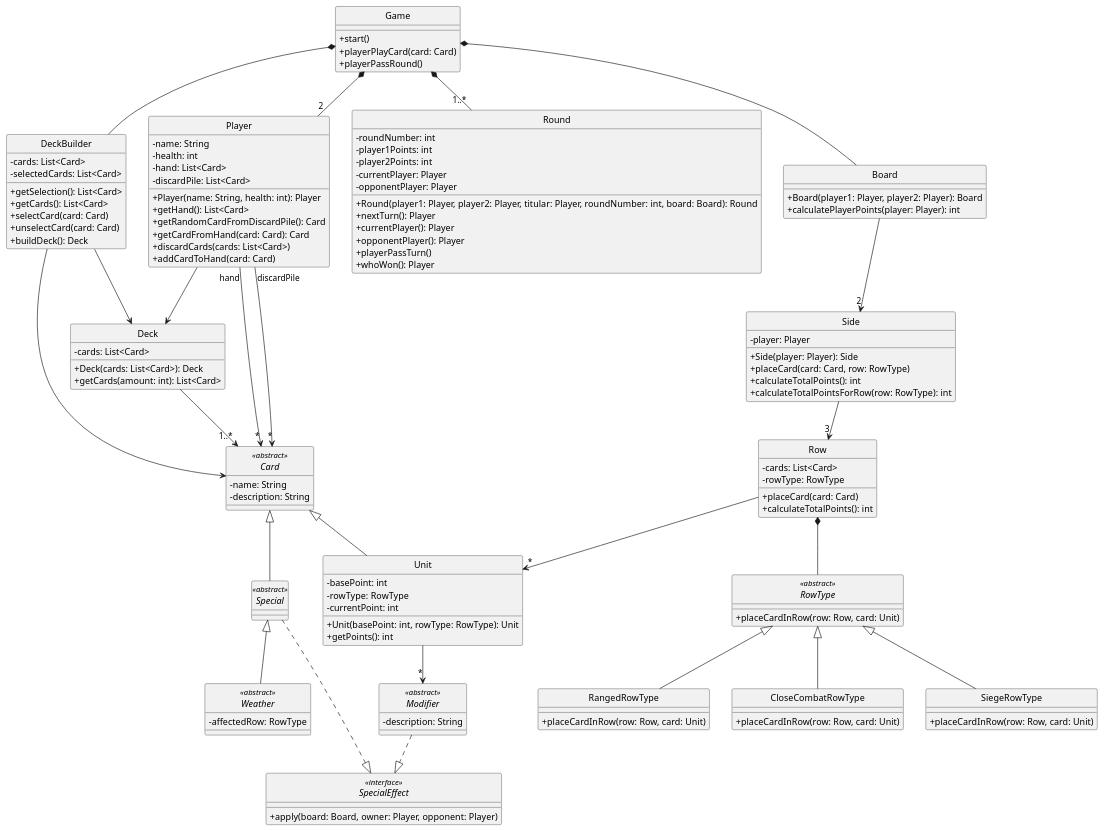
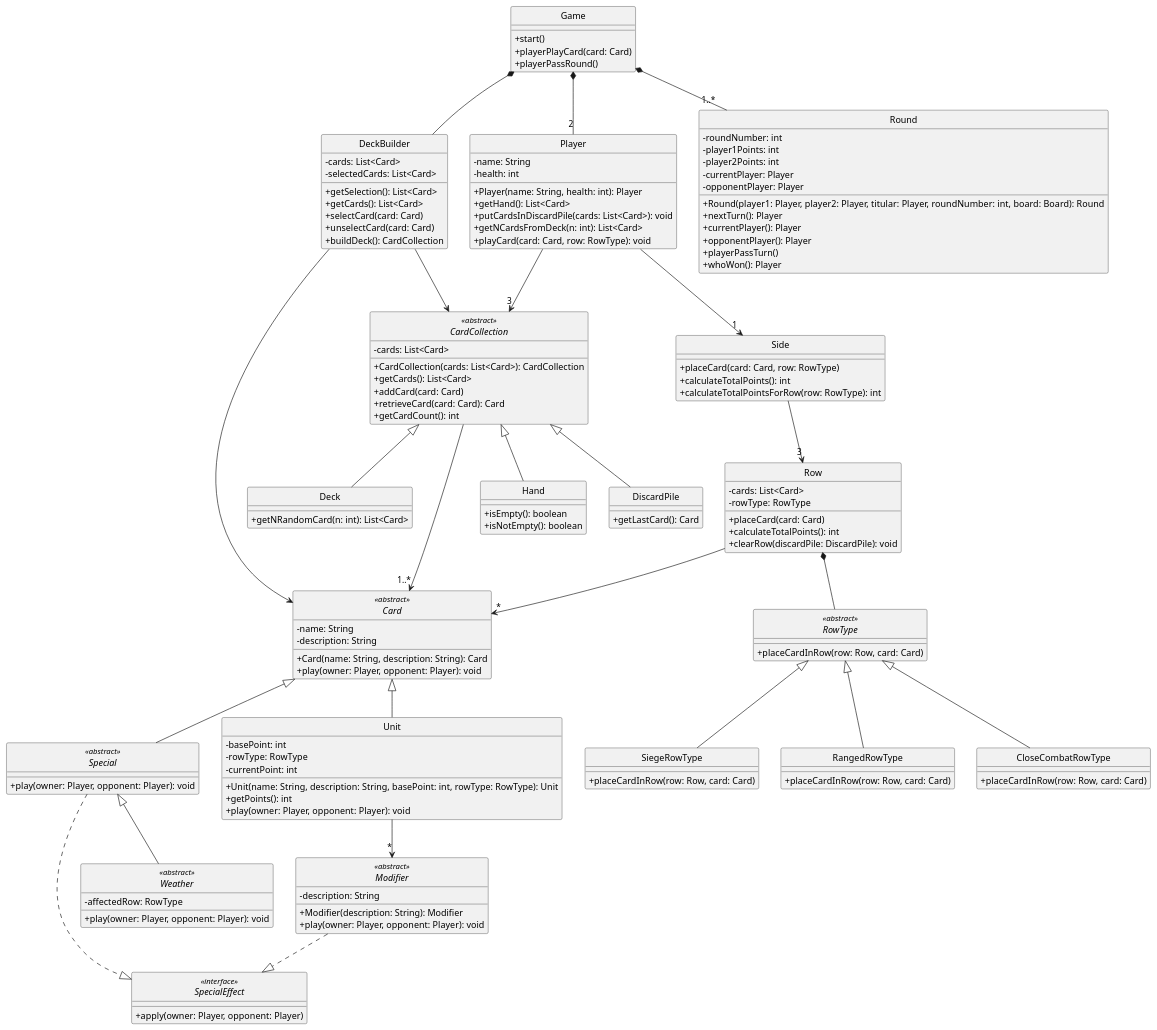
One commit to Yonhir/algo3_proyecto_base_tp2 changed the diagram in diagrams/classes/boceto.plantuml. Above: the diagram before and after it, drawn with PlantUML.

Commit message:
boceto actualizado

```diff
--- a/diagrams/classes/boceto.plantuml
+++ b/diagrams/classes/boceto.plantuml
@@ -1,161 +1,171 @@
 @startuml
 
 skinparam monochrome true
 hide circle
 skinparam classAttributeIconSize 0
 
 ' =====================
 ' GAME
 ' =====================
 class Game {
   +start()
   +playerPlayCard(card: Card)
   +playerPassRound()
 }
 
 class DeckBuilder {
   -cards: List<Card>
   -selectedCards: List<Card>
   +getSelection(): List<Card>
   +getCards(): List<Card>
   +selectCard(card: Card)
   +unselectCard(card: Card)
-  +buildDeck(): Deck
+  +buildDeck(): CardCollection
+}
+
+abstract class CardCollection <<abstract>> {
+  -cards: List<Card>
+  +CardCollection(cards: List<Card>): CardCollection
+  +getCards(): List<Card>
+  +addCard(card: Card)
+  +retrieveCard(card: Card): Card
+  +getCardCount(): int
+}
+
+class Hand {
+  +isEmpty(): boolean
+  +isNotEmpty(): boolean
+}
+
+class DiscardPile {
+  +getLastCard(): Card
 }
 
 class Deck {
-  -cards: List<Card>
-  +Deck(cards: List<Card>): Deck
-  +getCards(amount: int): List<Card>
+  +getNRandomCard(n: int): List<Card>
 }
 
 class Player {
   -name: String
   -health: int
-  -hand: List<Card>
-  -discardPile: List<Card>
   +Player(name: String, health: int): Player
   +getHand(): List<Card>
-  +getRandomCardFromDiscardPile(): Card
-  +getCardFromHand(card: Card): Card
-  +discardCards(cards: List<Card>)
-  +addCardToHand(card: Card)
+  +putCardsInDiscardPile(cards: List<Card>): void
+  +getNCardsFromDeck(n: int): List<Card>
+  +playCard(card: Card, row: RowType): void
 }
 
 class Round {
   -roundNumber: int
   -player1Points: int
   -player2Points: int
   -currentPlayer: Player
   -opponentPlayer: Player
   +Round(player1: Player, player2: Player, titular: Player, roundNumber: int, board: Board): Round
   +nextTurn(): Player
   +currentPlayer(): Player
   +opponentPlayer(): Player
   +playerPassTurn()
   +whoWon(): Player
 }
 
-class Board {
-  +Board(player1: Player, player2: Player): Board
-  +calculatePlayerPoints(player: Player): int
-}
-
 class Side {
-  -player: Player
-  +Side(player: Player): Side
   +placeCard(card: Card, row: RowType)
   +calculateTotalPoints(): int
   +calculateTotalPointsForRow(row: RowType): int
 }
 
 abstract class RowType <<abstract>> {
-  +placeCardInRow(row: Row, card: Unit)
+  +placeCardInRow(row: Row, card: Card)
 }
 
 class RangedRowType extends RowType {
-  +placeCardInRow(row: Row, card: Unit)
+  +placeCardInRow(row: Row, card: Card)
 }
 
 class CloseCombatRowType extends RowType {
-  +placeCardInRow(row: Row, card: Unit)
+  +placeCardInRow(row: Row, card: Card)
 }
 
 class SiegeRowType extends RowType {
-  +placeCardInRow(row: Row, card: Unit)
+  +placeCardInRow(row: Row, card: Card)
 }
 
 class Row {
   -cards: List<Card>
   -rowType: RowType
   +placeCard(card: Card)
   +calculateTotalPoints(): int
+  +clearRow(discardPile: DiscardPile): void
 }
-
 
 ' =====================
 ' CARD
 ' =====================
 interface SpecialEffect <<interface>> {
-  +apply(board: Board, owner: Player, opponent: Player)
+  +apply(owner: Player, opponent: Player)
 }
 
 abstract class Card <<abstract>> {
   -name: String
   -description: String
+  +Card(name: String, description: String): Card
+  +play(owner: Player, opponent: Player): void
 }
 
 class Unit {
   -basePoint: int
   -rowType: RowType
   -currentPoint: int
-  +Unit(basePoint: int, rowType: RowType): Unit
+  +Unit(name: String, description: String, basePoint: int, rowType: RowType): Unit
   +getPoints(): int
+  +play(owner: Player, opponent: Player): void
 }
 
 abstract class Special <<abstract>> {
+  +play(owner: Player, opponent: Player): void
 }
 
 abstract class Weather <<abstract>> {
   -affectedRow: RowType
+  +play(owner: Player, opponent: Player): void
 }
 
 abstract class Modifier <<abstract>> {
   -description: String
+  +Modifier(description: String): Modifier
+  +play(owner: Player, opponent: Player): void
 }
-
 
 ' =====================
 ' RELATIONSHIPS
 ' =====================
 
-Game *-- Board
 Game *-- "1..*" Round
 Game *-- "2" Player
 Game *-- DeckBuilder
 
 DeckBuilder --> Card
-DeckBuilder --> Deck
+DeckBuilder --> CardCollection
 
-Deck --> "1..*" Card
+CardCollection --> "1..*" Card
+CardCollection <|-- Hand
+CardCollection <|-- DiscardPile
+CardCollection <|-- Deck
 
-Player "hand" --> "*" Card
-Player "discardPile" --> "*" Card
-Player --> Deck
-
-Board --> "2" Side
+Player --> "3" CardCollection
+Player --> "1" Side
 
 Side --> "3" Row
-
 Row *-- RowType
-Row --> "*" Unit
+Row --> "*" Card
 
 Card <|-- Unit
 Card <|-- Special
 Special <|-- Weather
 
 Unit --> "*" Modifier
 Modifier ..|> SpecialEffect
 Special ..|> SpecialEffect
 
 @enduml
```
